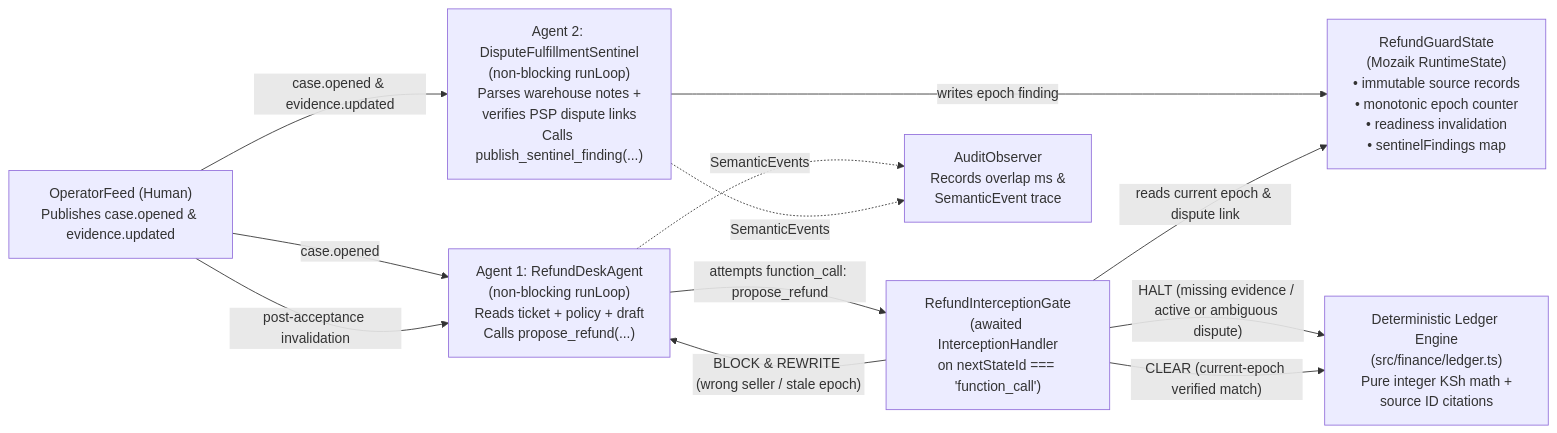
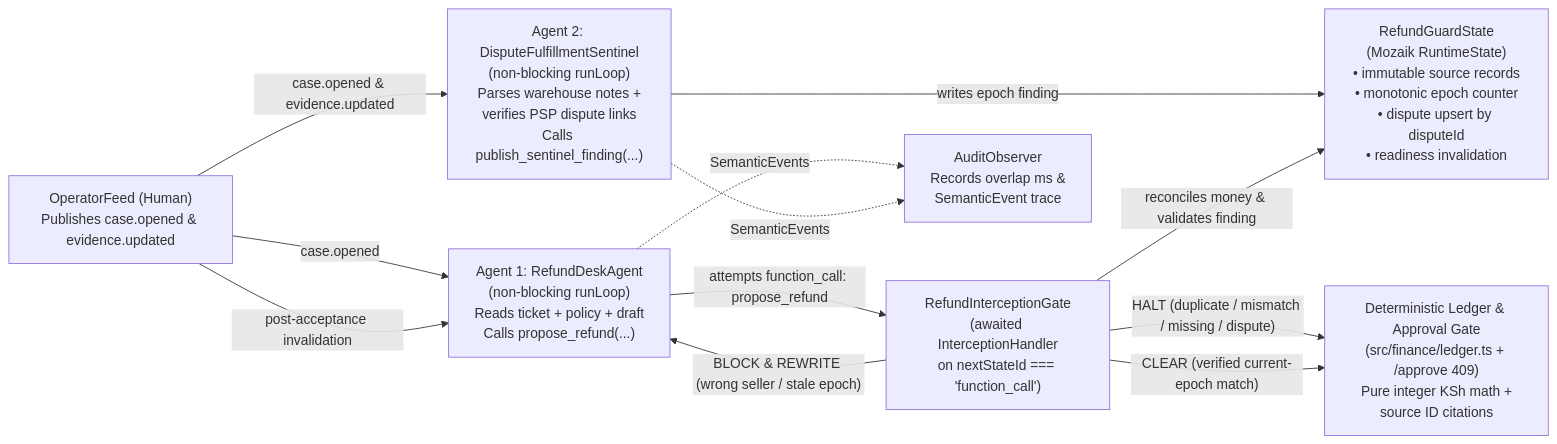
Before and after one commit to Grolds-Code/refund-guard: the diagram in README.md, drawn with Mermaid. The commit also changed other lines of this file and 18 other files, not shown here.

Commit message:
Harden reconciliation, dispute closure/CLOSED_LOST, strict gate validation, HTTP 409 approval expiry, parser edge cases, and README claims

````diff
--- a/README.md
+++ b/README.md
@@ -30,22 +31,22 @@
 ```mermaid
 flowchart LR
   Op["OperatorFeed (Human)\nPublishes case.opened & evidence.updated"]
-  State["RefundGuardState\n(Mozaik RuntimeState)\n• immutable source records\n• monotonic epoch counter\n• readiness invalidation\n• sentinelFindings map"]
+  State["RefundGuardState\n(Mozaik RuntimeState)\n• immutable source records\n• monotonic epoch counter\n• dispute upsert by disputeId\n• readiness invalidation"]
   A1["Agent 1: RefundDeskAgent\n(non-blocking runLoop)\nReads ticket + policy + draft\nCalls propose_refund(...)"]
   A2["Agent 2: DisputeFulfillmentSentinel\n(non-blocking runLoop)\nParses warehouse notes +\nverifies PSP dispute links\nCalls publish_sentinel_finding(...)"]
   Gate["RefundInterceptionGate\n(awaited InterceptionHandler\non nextStateId === 'function_call')"]
-  Calc["Deterministic Ledger Engine\n(src/finance/ledger.ts)\nPure integer KSh math +\nsource ID citations"]
+  Calc["Deterministic Ledger & Approval Gate\n(src/finance/ledger.ts + /approve 409)\nPure integer KSh math +\nsource ID citations"]
   Obs["AuditObserver\nRecords overlap ms &\nSemanticEvent trace"]
 
   Op -- "case.opened" --> A1
   Op -- "case.opened & evidence.updated" --> A2
   Op -- "post-acceptance invalidation" --> A1
   A2 -- "writes epoch finding" --> State
   A1 -- "attempts function_call: propose_refund" --> Gate
-  Gate -- "reads current epoch & dispute link" --> State
+  Gate -- "reconciles money & validates finding" --> State
   Gate -- "BLOCK & REWRITE (wrong seller / stale epoch)" --> A1
-  Gate -- "HALT (missing evidence / active or ambiguous dispute)" --> Calc
-  Gate -- "CLEAR (current-epoch verified match)" --> Calc
+  Gate -- "HALT (duplicate / mismatch / missing / dispute)" --> Calc
+  Gate -- "CLEAR (verified current-epoch match)" --> Calc
   A1 -. "SemanticEvents" .-> Obs
   A2 -. "SemanticEvents" .-> Obs
 ```
````
